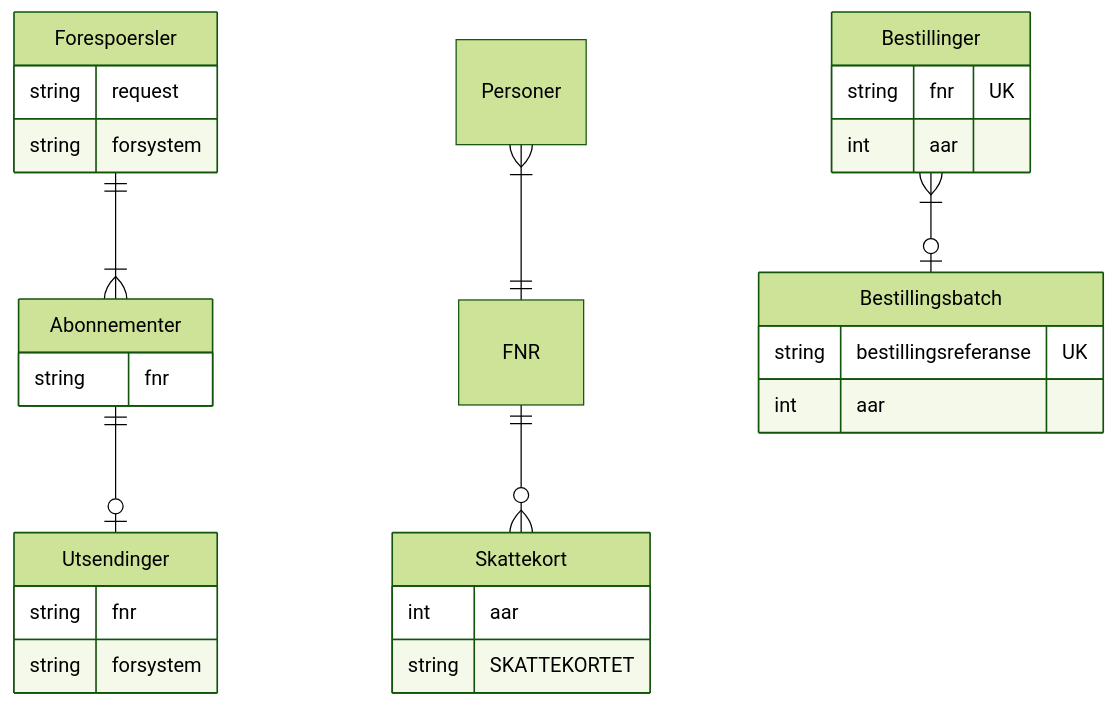
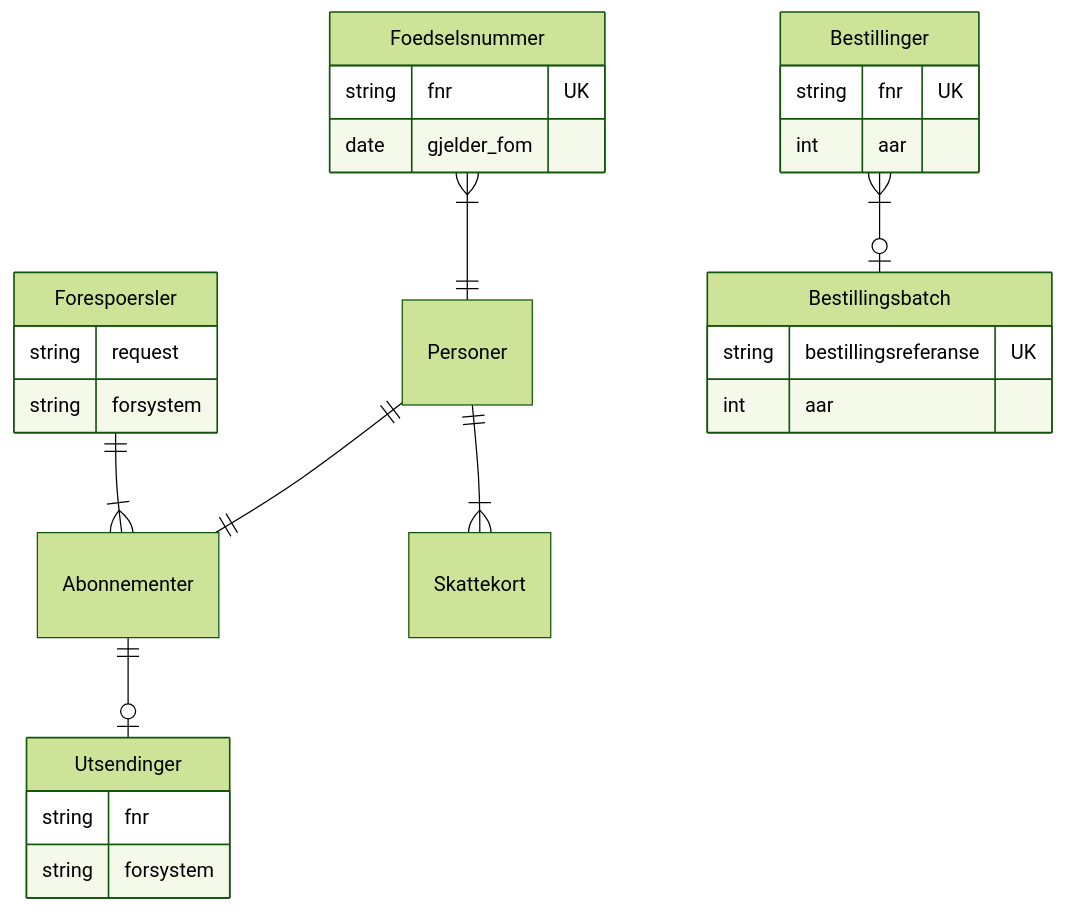
The sixth of 7 diagrams in README.md (navikt/sokos-skattekort), drawn with Mermaid (forest theme) before and after one commit. The commit also changed other lines of this file, not shown here.

Commit message:
mer erdiagram

````diff
--- a/README.md
+++ b/README.md
@@ -282,37 +231,39 @@
 ```mermaid
 erDiagram
     Forespoersler ||--|{ Abonnementer: ""
-    Personer |{--|| FNR: ""
-    FNR ||--}o Skattekort: ""
+    Personer ||--|{ Skattekort: ""
+    Foedselsnummer }|--|| Personer: ""
     Bestillinger |{--o| Bestillingsbatch: ""
     Abonnementer ||--o| Utsendinger: ""
-
+    Personer ||--|| Abonnementer: ""
     Forespoersler {
         string request
         string forsystem
     }
 
+    Foedselsnummer {
+        string fnr UK
+        date gjelder_fom
+    }
+
     Abonnementer {
-        string fnr
     }
 
     Skattekort {
-        int aar
-        string SKATTEKORTET
     }
 
     Bestillinger {
         string fnr UK
         int aar
     }
 
     Bestillingsbatch {
         string bestillingsreferanse UK
         int aar
     }
 
     Utsendinger {
         string fnr
         string forsystem
     }
 ```
````
